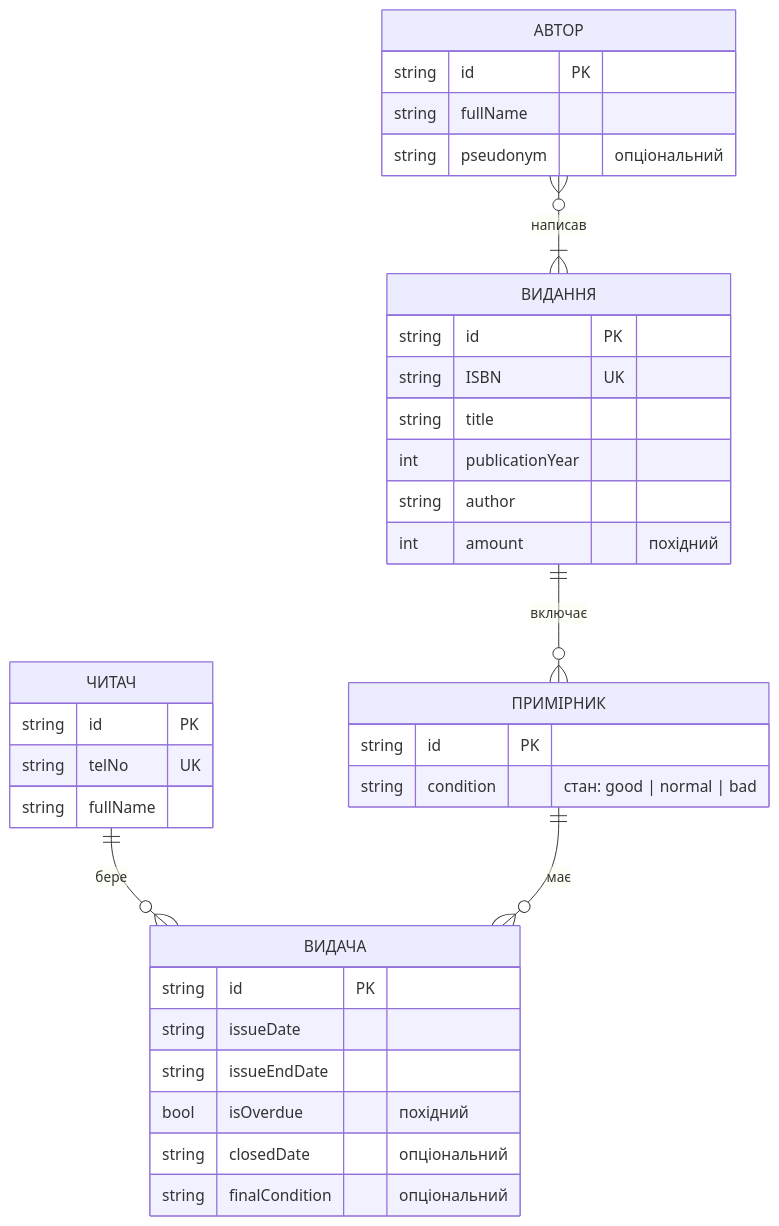
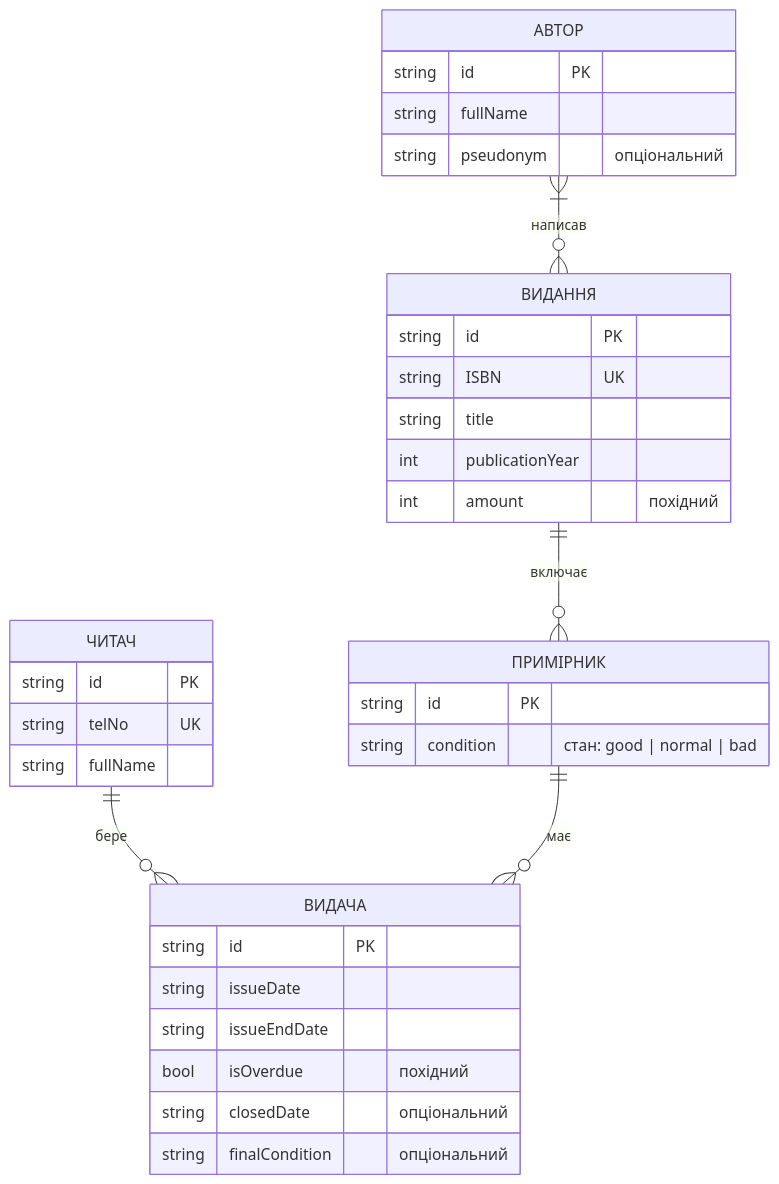
The diagram in lab1/diagrams/model.mmd (matveivadimovih-cell/mavpzlabs), drawn with Mermaid before and after one commit. The commit also changed 2 other files, not shown here.

Commit message:
fix(model): виправити атрибути сутності видання та кардинальність зв'язку Автор - Видання

```diff
--- a/lab1/diagrams/model.mmd
+++ b/lab1/diagrams/model.mmd
@@ -1,40 +1,39 @@
 erDiagram 
 ВИДАННЯ ||--o{ ПРИМІРНИК : "включає" 
 ЧИТАЧ ||--o{ ВИДАЧА : "бере"
 ПРИМІРНИК ||--o{ ВИДАЧА : "має"
-АВТОР }o--|{ ВИДАННЯ : "написав"
+АВТОР }|--o{ ВИДАННЯ : "написав"
 
 ЧИТАЧ {
     string id PK
     string telNo UK 
     string fullName
 }
 
 ВИДАННЯ {
     string id PK
     string ISBN UK 
     string title
     int publicationYear
-    string author
     int amount "похідний"
 }
 
 АВТОР {
     string id PK
     string fullName
     string pseudonym "опціональний"
 }
 
 ПРИМІРНИК {
     string id PK
     string condition "стан: good | normal | bad"
 }
 
 ВИДАЧА {
     string id PK
     string issueDate
     string issueEndDate
     bool isOverdue "похідний"
     string closedDate "опціональний"
     string finalCondition "опціональний"
 }
```
